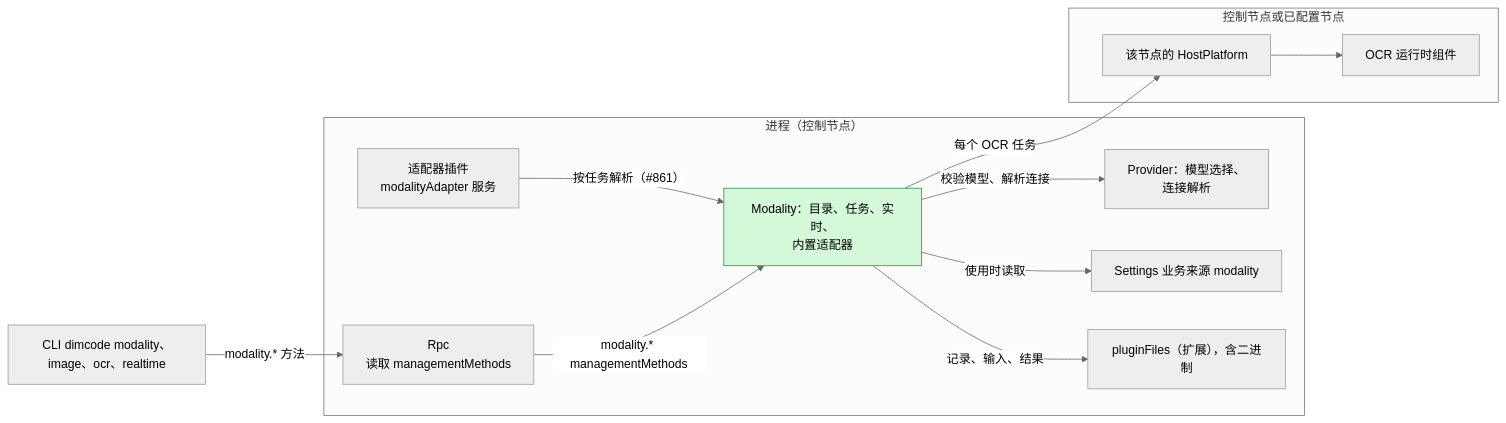
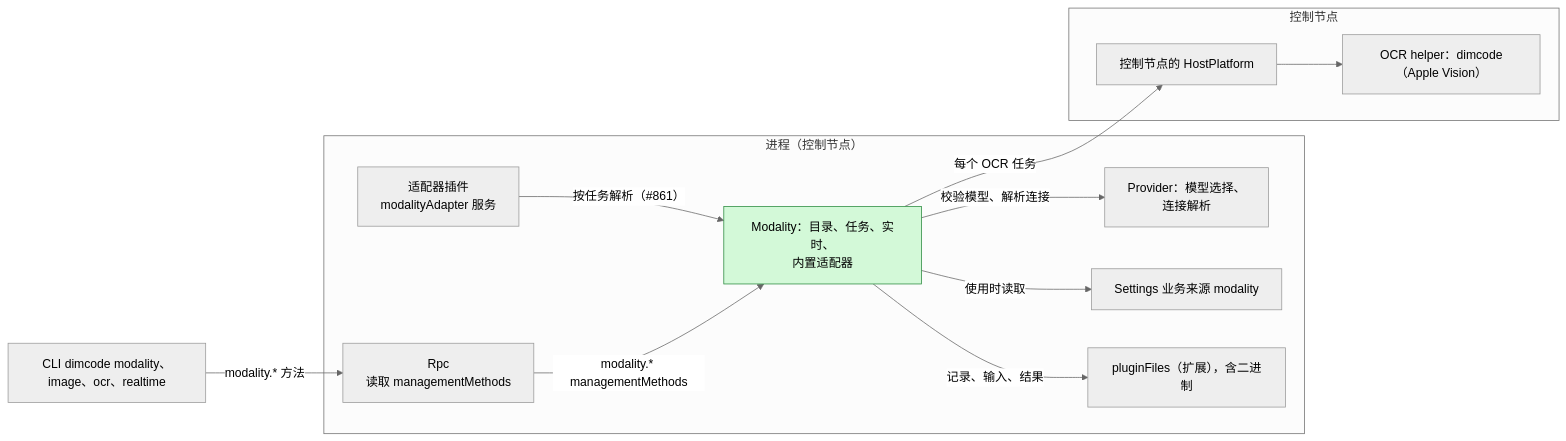
Before and after one commit to CoutinhoTTS/dim-agent: the first of 6 diagrams in docs/zh/design/plugins/Modality.md, drawn with Mermaid (neutral theme). The commit also changed other lines of this file and 2 other files, not shown here.

First line of the commit message:
docs(modality): replace the OCR component with host-owned targets

````diff
--- a/docs/zh/design/plugins/Modality.md
+++ b/docs/zh/design/plugins/Modality.md
@@ -13,25 +13,25 @@
 ```mermaid
 flowchart LR
   subgraph PROC["进程（控制节点）"]
     Mod["Modality：目录、任务、实时、<br/>内置适配器"]:::new
     AdPlug["适配器插件<br/>modalityAdapter 服务"]
     Rpc["Rpc<br/>读取 managementMethods"]
     Prov["Provider：模型选择、<br/>连接解析"]
     Set["Settings 业务来源 modality"]
     Store["pluginFiles（扩展），含二进制"]
   end
-  subgraph NODE["控制节点或已配置节点"]
-    HP["该节点的 HostPlatform"]
-    OCR["OCR 运行时组件"]
+  subgraph NODE["控制节点"]
+    HP["控制节点的 HostPlatform"]
+    OCR["OCR helper：dimcode（Apple Vision）"]
   end
   CLI["CLI dimcode modality、image、ocr、realtime"]
   AdPlug -->|"按任务解析（#861）"| Mod
   Mod -->|"每个 OCR 任务"| HP
   HP --> OCR
   Mod -->|"校验模型、解析连接"| Prov
   Mod -->|"记录、输入、结果"| Store
   Mod -->|"使用时读取"| Set
   Rpc -->|"modality.* managementMethods"| Mod
   CLI -->|"modality.* 方法"| Rpc
   classDef new fill:#d3f9d8,stroke:#2b8a3e,color:#000
 ```
````
